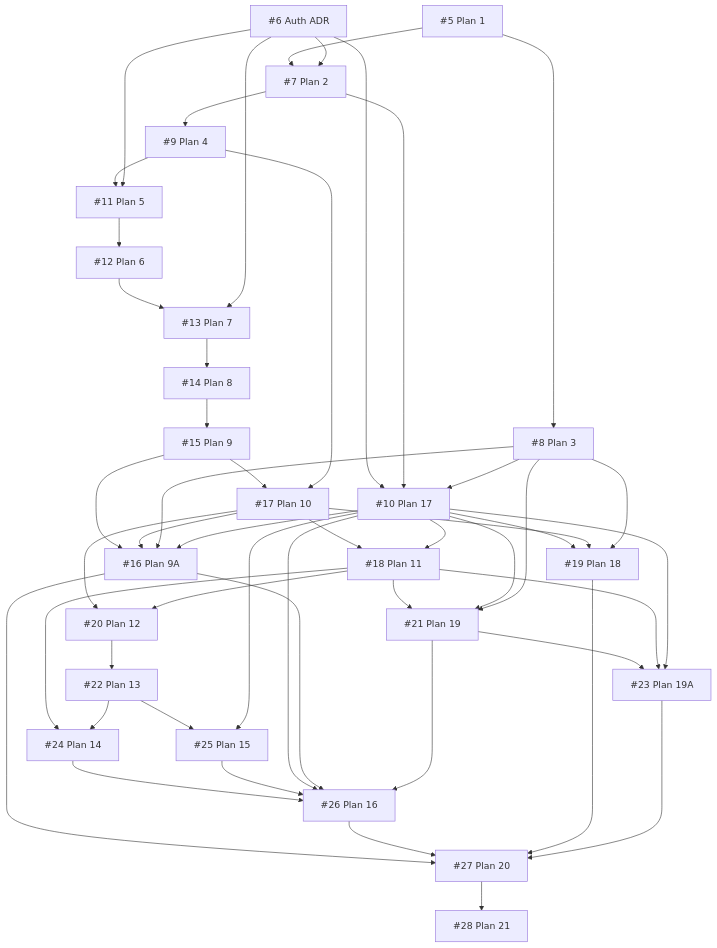
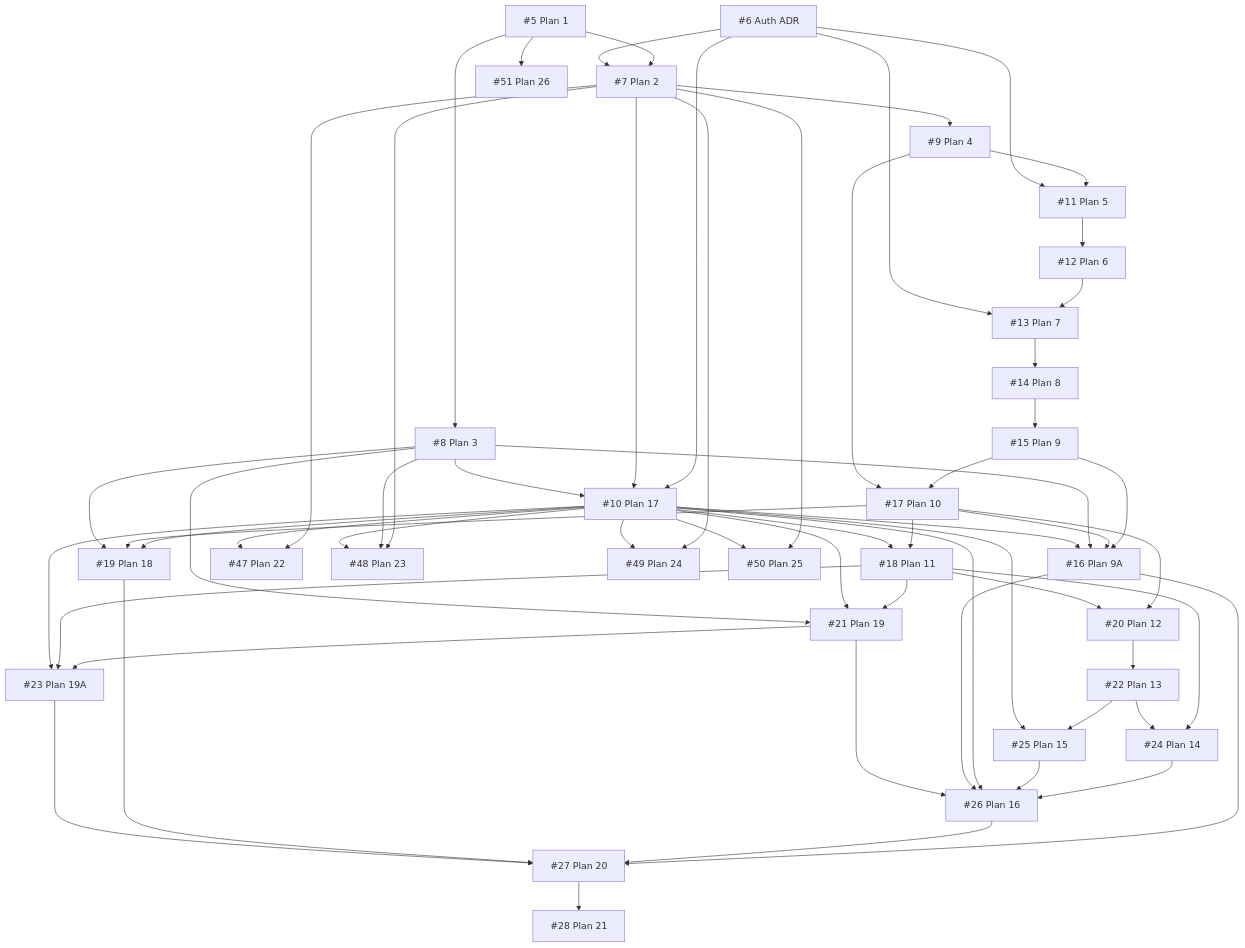
Before and after one commit to TomokiAkiyama06/server-sentinel: the diagram in docs/INITIAL_ISSUES.md, drawn with Mermaid. The commit also changed other lines of this file and 2 other files, not shown here.

````diff
--- a/docs/INITIAL_ISSUES.md
+++ b/docs/INITIAL_ISSUES.md
@@ -81,6 +86,11 @@
   i23["#23 Plan 19A"]
   i27["#27 Plan 20"]
   i28["#28 Plan 21"]
+  i47["#47 Plan 22"]
+  i48["#48 Plan 23"]
+  i49["#49 Plan 24"]
+  i50["#50 Plan 25"]
+  i51["#51 Plan 26"]
   i5 --> i7
   i6 --> i7
   i5 --> i8
@@ -129,4 +139,14 @@
   i19 --> i27
   i23 --> i27
   i27 --> i28
+  i7 --> i47
+  i10 --> i47
+  i7 --> i48
+  i8 --> i48
+  i10 --> i48
+  i7 --> i49
+  i10 --> i49
+  i7 --> i50
+  i10 --> i50
+  i5 --> i51
 ```
````
